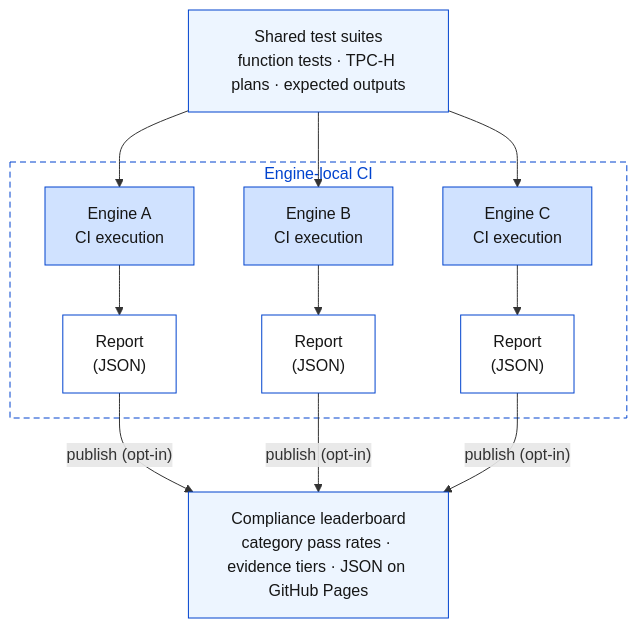
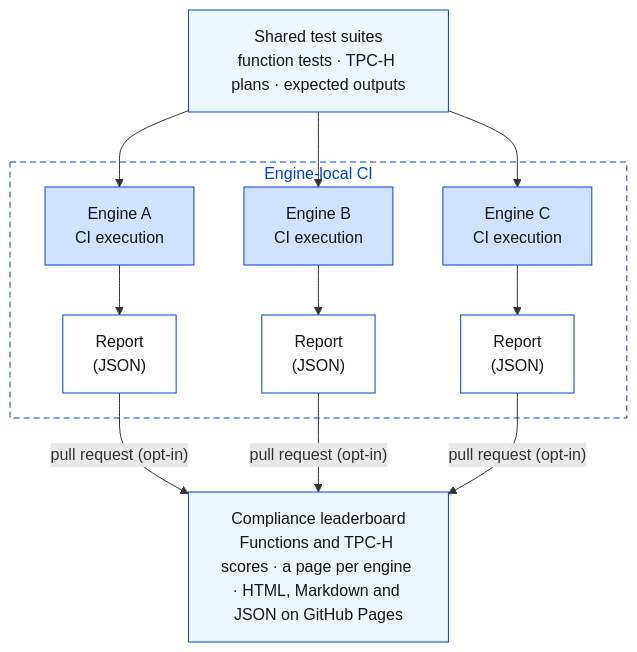
The first of 2 diagrams in docs/INTRODUCTION.md (IBM/substrait-compliance), drawn with Mermaid before and after one commit. The commit also changed other lines of this file and 7 other files, not shown here.

````diff
--- a/docs/INTRODUCTION.md
+++ b/docs/INTRODUCTION.md
@@ -29,35 +29,35 @@
 ```mermaid
 flowchart TD
     STS["Shared test suites<br/>function tests · TPC-H plans · expected outputs"]
 
     subgraph LOCAL["Engine-local CI"]
         EA["Engine A<br/>CI execution"]
         EB["Engine B<br/>CI execution"]
         EC["Engine C<br/>CI execution"]
         RA["Report<br/>(JSON)"]
         RB["Report<br/>(JSON)"]
         RC["Report<br/>(JSON)"]
         EA --> RA
         EB --> RB
         EC --> RC
     end
 
-    LB["Compliance leaderboard<br/>category pass rates · evidence tiers · JSON on GitHub Pages"]
+    LB["Compliance leaderboard<br/>Functions and TPC-H scores · a page per engine · HTML, Markdown and JSON on GitHub Pages"]
 
     STS --> EA
     STS --> EB
     STS --> EC
-    RA -->|"publish (opt-in)"| LB
-    RB -->|"publish (opt-in)"| LB
-    RC -->|"publish (opt-in)"| LB
+    RA -->|"pull request (opt-in)"| LB
+    RB -->|"pull request (opt-in)"| LB
+    RC -->|"pull request (opt-in)"| LB
 
     style STS fill:#edf5ff,stroke:#0043ce,color:#161616
     style LOCAL fill:#ffffff,stroke:#0043ce,stroke-dasharray:6 4,color:#0043ce
     style EA fill:#d0e2ff,stroke:#0043ce,color:#161616
     style EB fill:#d0e2ff,stroke:#0043ce,color:#161616
     style EC fill:#d0e2ff,stroke:#0043ce,color:#161616
     style RA fill:#ffffff,stroke:#0043ce,color:#161616
     style RB fill:#ffffff,stroke:#0043ce,color:#161616
     style RC fill:#ffffff,stroke:#0043ce,color:#161616
     style LB fill:#edf5ff,stroke:#0043ce,color:#161616
 ```
````
